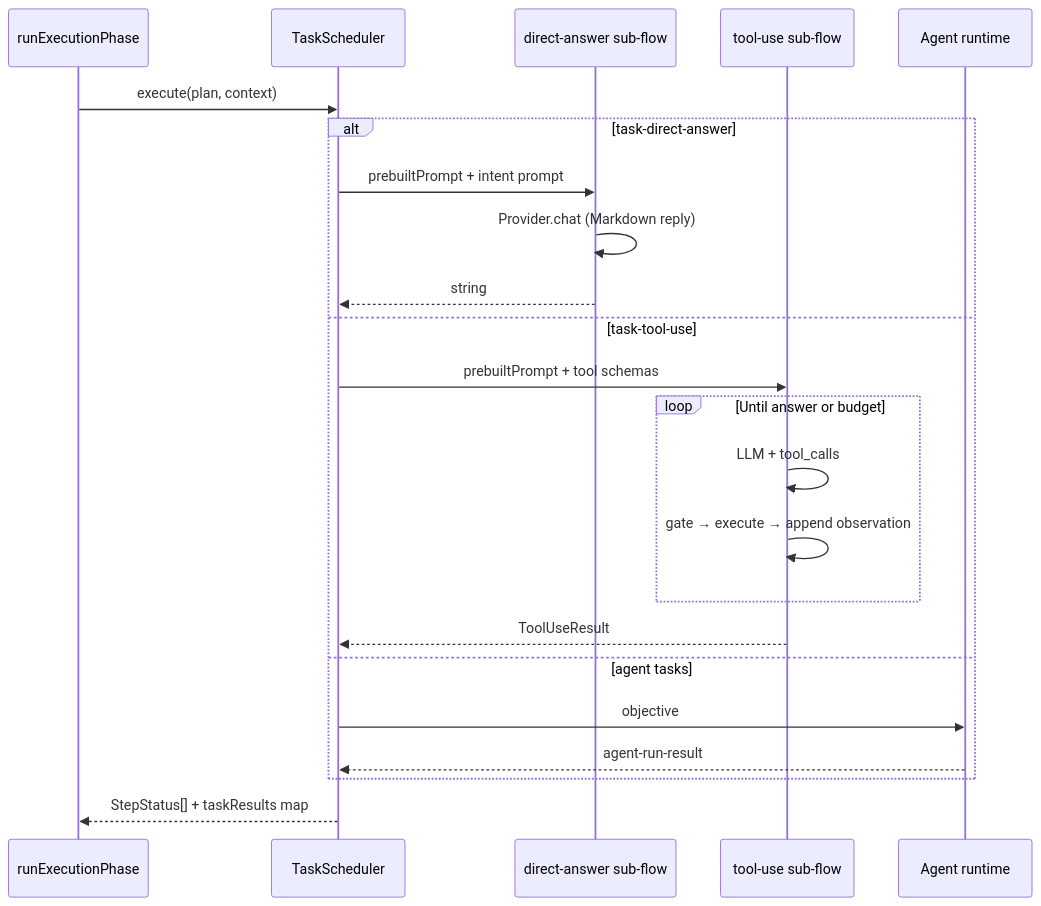
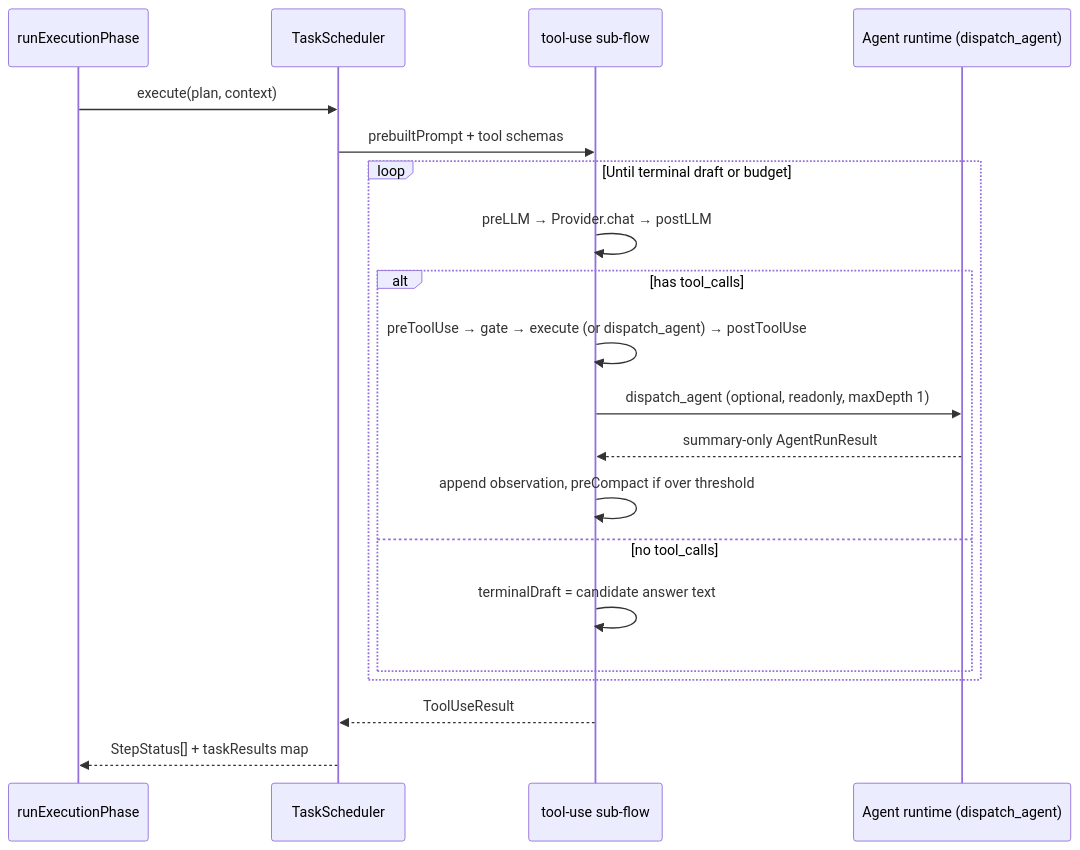
One commit to dangaogit/tachu changed the sixth of 7 diagrams in docs/architecture/pipeline-phases.md. Above: the diagram before and after it, drawn with Mermaid. The commit also changed other lines of this file and 103 other files, not shown here.

````diff
--- a/docs/architecture/pipeline-phases.md
+++ b/docs/architecture/pipeline-phases.md
@@ -316,26 +247,23 @@
 ```mermaid
 sequenceDiagram
     participant E as runExecutionPhase
     participant Sch as TaskScheduler
-    participant DA as direct-answer sub-flow
     participant TU as tool-use sub-flow
-    participant Ag as Agent runtime
+    participant Ag as Agent runtime (dispatch_agent)
 
     E->>Sch: execute(plan, context)
-    alt task-direct-answer
-        Sch->>DA: prebuiltPrompt + intent prompt
-        DA->>DA: Provider.chat (Markdown reply)
-        DA-->>Sch: string
-    else task-tool-use
-        Sch->>TU: prebuiltPrompt + tool schemas
-        loop Until answer or budget
-            TU->>TU: LLM + tool_calls
-            TU->>TU: gate → execute → append observation
+    Sch->>TU: prebuiltPrompt + tool schemas
+    loop Until terminal draft or budget
+        TU->>TU: preLLM → Provider.chat → postLLM
+        alt has tool_calls
+            TU->>TU: preToolUse → gate → execute (or dispatch_agent) → postToolUse
+            TU->>Ag: dispatch_agent (optional, readonly, maxDepth 1)
+            Ag-->>TU: summary-only AgentRunResult
+            TU->>TU: append observation, preCompact if over threshold
+        else no tool_calls
+            TU->>TU: terminalDraft = candidate answer text
         end
-        TU-->>Sch: ToolUseResult
-    else agent tasks
-        Sch->>Ag: objective
-        Ag-->>Sch: agent-run-result
     end
+    TU-->>Sch: ToolUseResult
     Sch-->>E: StepStatus[] + taskResults map
 ```
````
